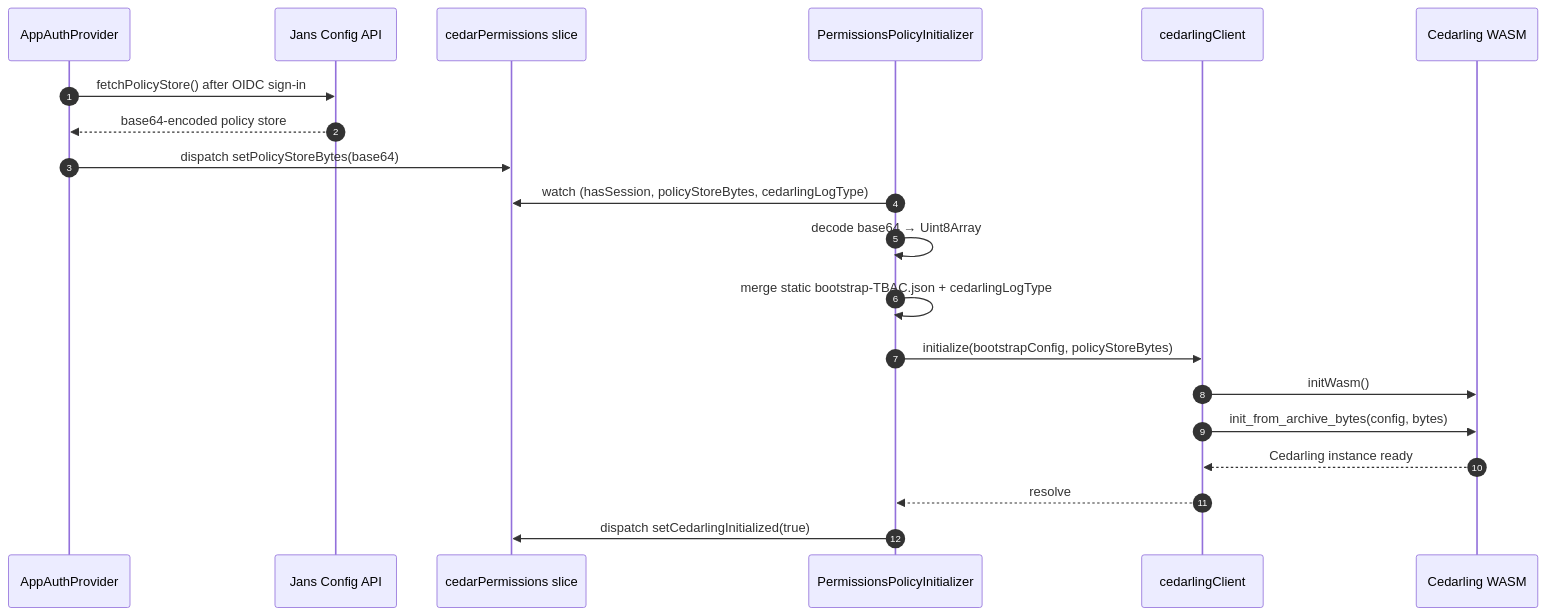
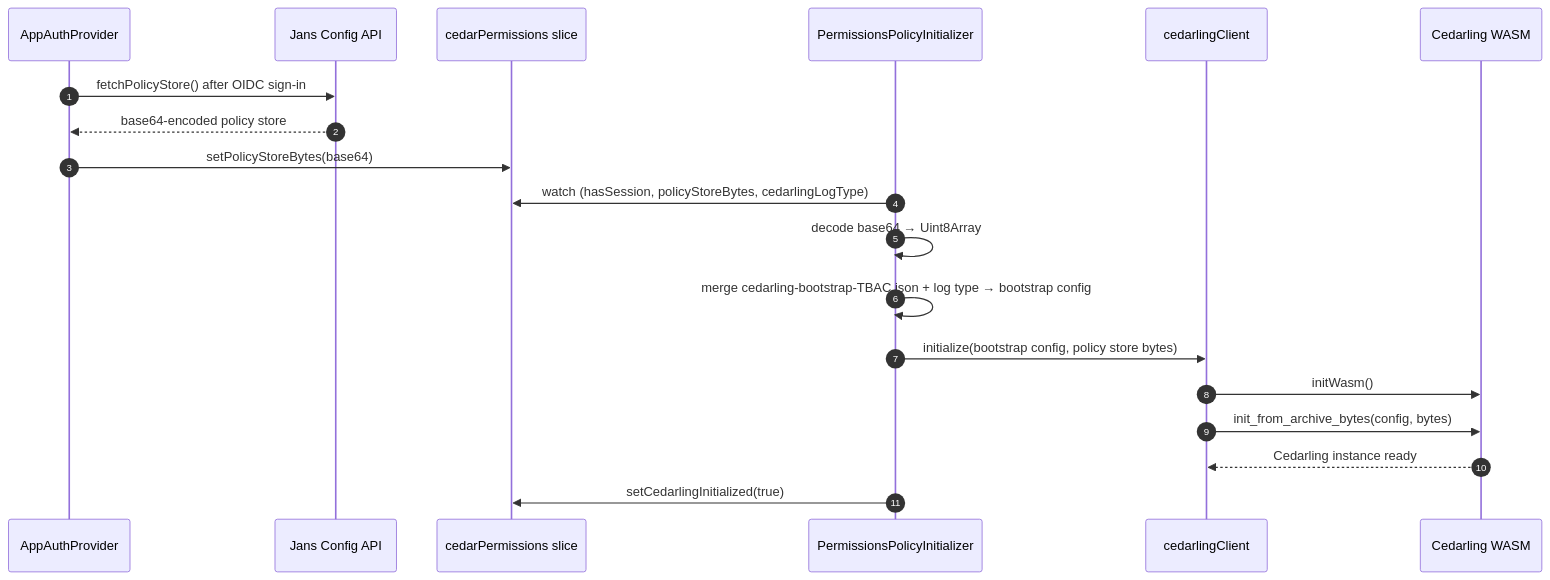
The first of 2 diagrams in admin-ui/docs/cedarling.md (GluuFederation/flex), drawn with Mermaid before and after one commit. The commit also changed other lines of this file and 10 other files, not shown here.

````diff
--- a/admin-ui/docs/cedarling.md
+++ b/admin-ui/docs/cedarling.md
@@ -21,23 +21,22 @@
 ```mermaid
 sequenceDiagram
     autonumber
     participant Auth as AppAuthProvider
     participant API as Jans Config API
     participant Redux as cedarPermissions slice
     participant Init as PermissionsPolicyInitializer
     participant Client as cedarlingClient
     participant Wasm as Cedarling WASM
 
     Auth->>API: fetchPolicyStore() after OIDC sign-in
     API-->>Auth: base64-encoded policy store
-    Auth->>Redux: dispatch setPolicyStoreBytes(base64)
+    Auth->>Redux: setPolicyStoreBytes(base64)
     Init->>Redux: watch (hasSession, policyStoreBytes, cedarlingLogType)
     Init->>Init: decode base64 → Uint8Array
-    Init->>Init: merge static bootstrap-TBAC.json + cedarlingLogType
-    Init->>Client: initialize(bootstrapConfig, policyStoreBytes)
+    Init->>Init: merge cedarling-bootstrap-TBAC.json + log type → bootstrap config
+    Init->>Client: initialize(bootstrap config, policy store bytes)
     Client->>Wasm: initWasm()
     Client->>Wasm: init_from_archive_bytes(config, bytes)
     Wasm-->>Client: Cedarling instance ready
-    Client-->>Init: resolve
-    Init->>Redux: dispatch setCedarlingInitialized(true)
+    Init->>Redux: setCedarlingInitialized(true)
 ```
````
